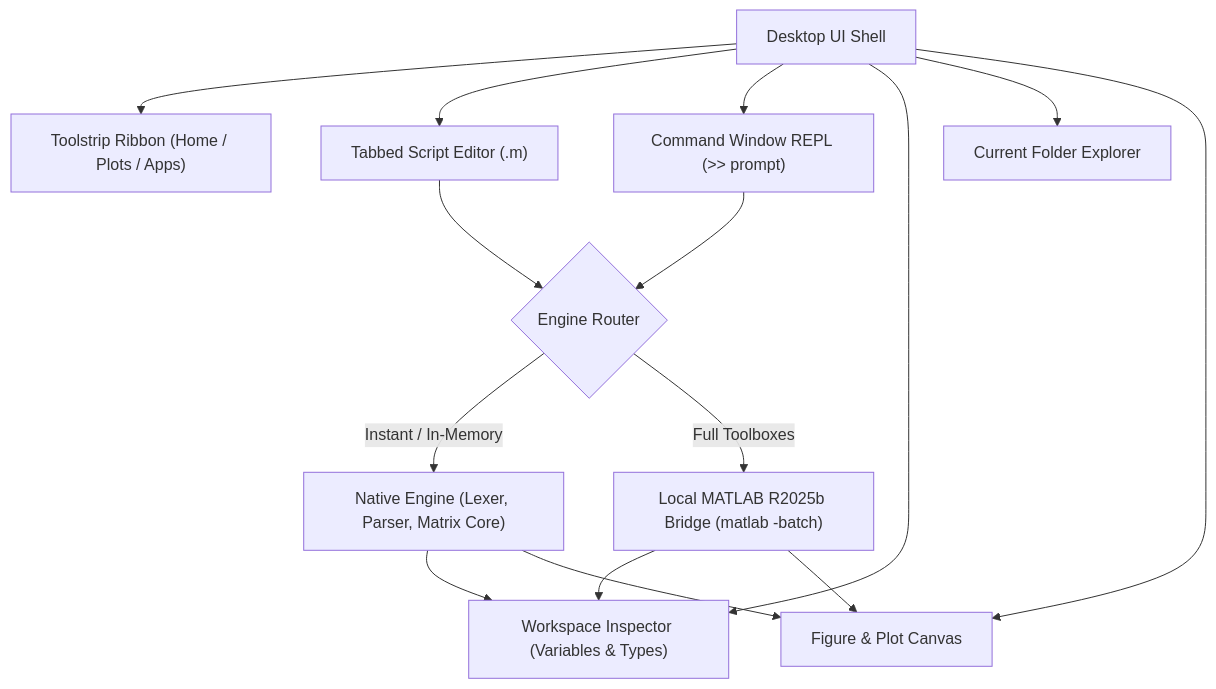
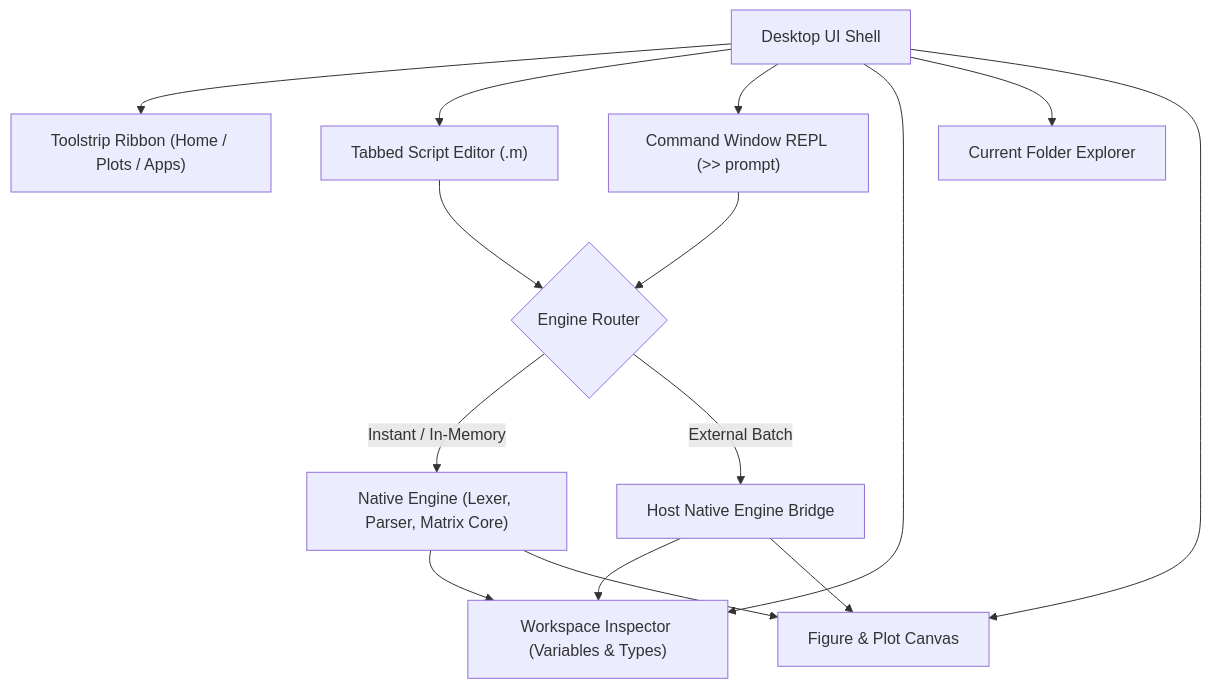
The diagram in README.md (dgonzalezgonzalez/OpenMat), drawn with Mermaid before and after one commit. The commit also changed other lines of this file and 23 other files, not shown here.

````diff
--- a/README.md
+++ b/README.md
@@ -71,18 +71,18 @@
 ```mermaid
 flowchart TD
     UI["Desktop UI Shell"] --> Ribbon["Toolstrip Ribbon (Home / Plots / Apps)"]
     UI --> Editor["Tabbed Script Editor (.m)"]
     UI --> CW["Command Window REPL (>> prompt)"]
     UI --> WS["Workspace Inspector (Variables & Types)"]
     UI --> CF["Current Folder Explorer"]
     UI --> Fig["Figure & Plot Canvas"]
 
     CW & Editor --> EngineRouter{"Engine Router"}
     EngineRouter -->|"Instant / In-Memory"| Native["Native Engine (Lexer, Parser, Matrix Core)"]
-    EngineRouter -->|"Full Toolboxes"| Bridge["Local MATLAB R2025b Bridge (matlab -batch)"]
+    EngineRouter -->|"External Batch"| Bridge["Host Native Engine Bridge"]
 
     Native --> WS
     Native --> Fig
     Bridge --> WS
     Bridge --> Fig
 ```
````
